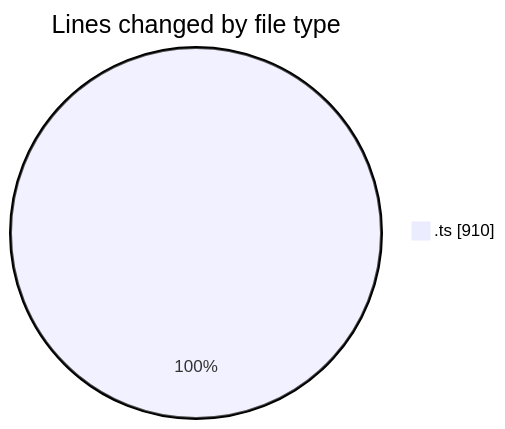
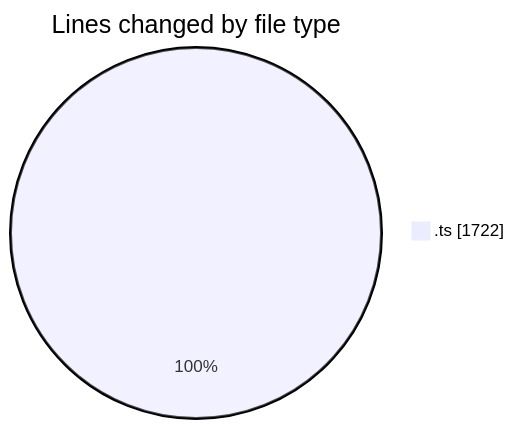
The first of 2 diagrams in 2026-10-28/cda/README.md (momahboobian/code-tracking), drawn with Mermaid before and after one commit. The commit also changed other lines of this file and 1 other file, not shown here.

````diff
--- a/2026-10-28/cda/README.md
+++ b/2026-10-28/cda/README.md
@@ -20,5 +21,5 @@
 ```mermaid
 pie showData
 title Lines changed by file type
-".ts" : 910
+".ts" : 1722
 ```
````
